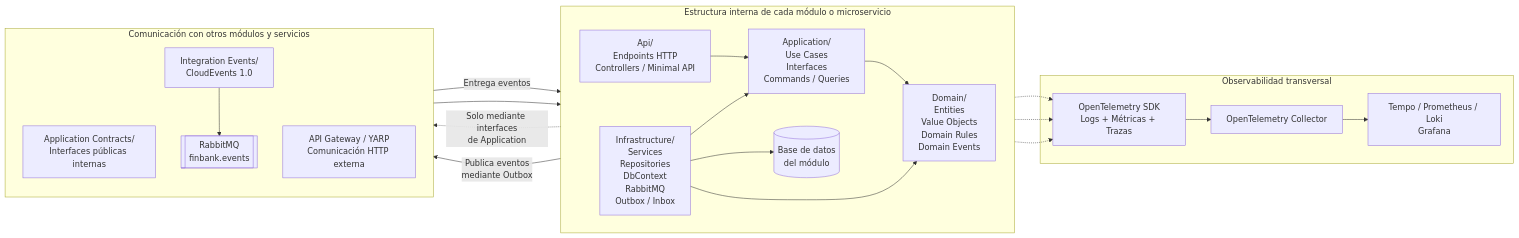
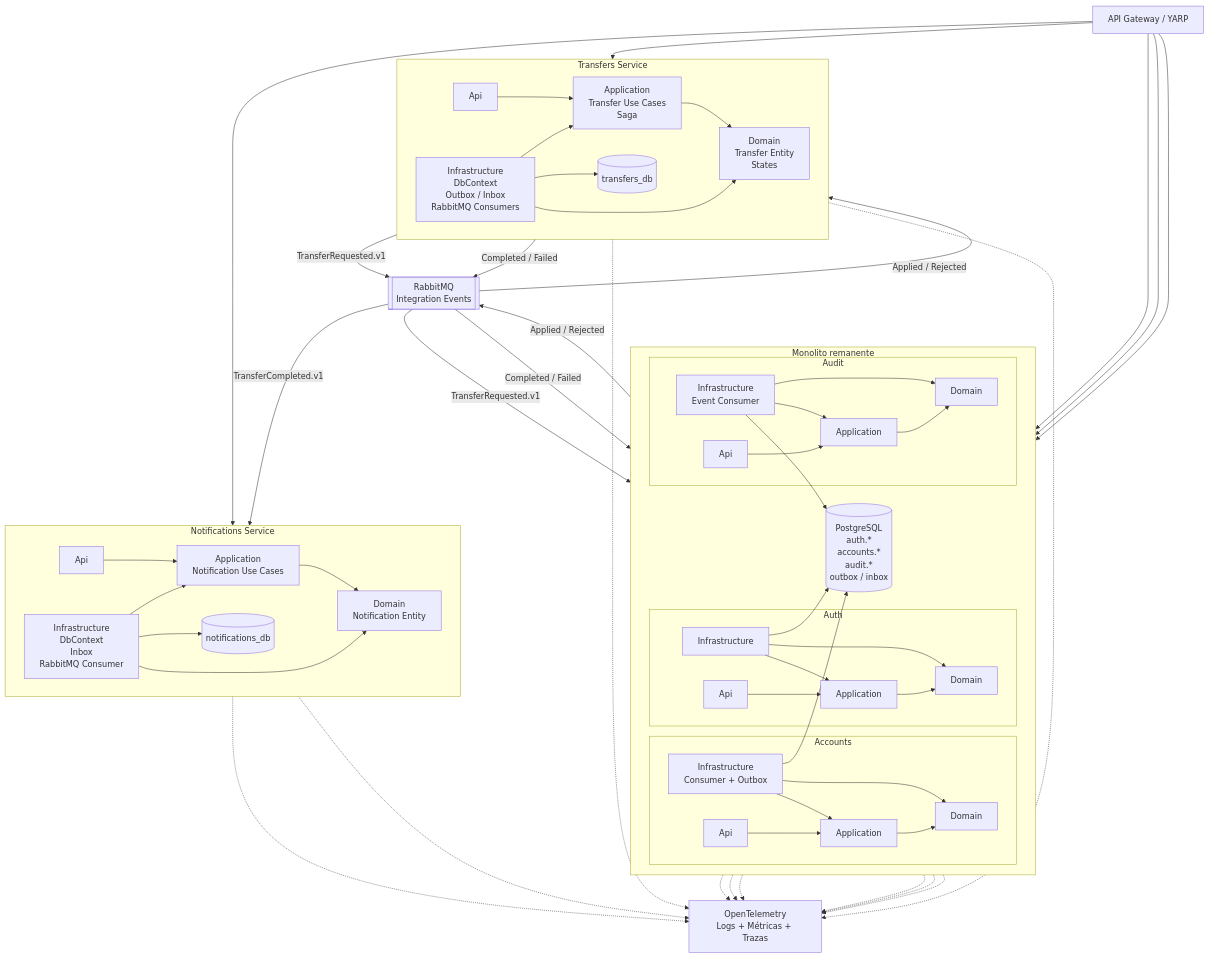
Before and after one commit to gcortez78/modular-bank-dotnet: the second of 3 diagrams in README.md, drawn with Mermaid. The commit also changed other lines of this file, not shown here.

````diff
--- a/README.md
+++ b/README.md
@@ -193,73 +193,133 @@
 ```mermaid
-graph LR
+graph TB
 
     %% =====================================================
-    %% ESTRUCTURA INTERNA GENERAL
+    %% MONOLITO REMANENTE
     %% =====================================================
 
-    subgraph MODULE["Estructura interna de cada módulo o microservicio"]
+    subgraph MONOLITH["Monolito remanente"]
         direction LR
 
-        API["Api/<br/>Endpoints HTTP<br/>Controllers / Minimal API"]
+        subgraph AUTH["Auth"]
+            AuthAPI["Api"]
+            AuthAPP["Application"]
+            AuthDOMAIN["Domain"]
+            AuthINFRA["Infrastructure"]
+        end
 
-        APP["Application/<br/>Use Cases<br/>Interfaces<br/>Commands / Queries"]
+        subgraph ACCOUNTS["Accounts"]
+            AccAPI["Api"]
+            AccAPP["Application"]
+            AccDOMAIN["Domain"]
+            AccINFRA["Infrastructure<br/>Consumer + Outbox"]
+        end
 
-        DOMAIN["Domain/<br/>Entities<br/>Value Objects<br/>Domain Rules<br/>Domain Events"]
+        subgraph AUDIT["Audit"]
+            AuditAPI["Api"]
+            AuditAPP["Application"]
+            AuditDOMAIN["Domain"]
+            AuditINFRA["Infrastructure<br/>Event Consumer"]
+        end
 
-        INFRA["Infrastructure/<br/>Services<br/>Repositories<br/>DbContext<br/>RabbitMQ<br/>Outbox / Inbox"]
+        MonolithDB[("PostgreSQL<br/>auth.*<br/>accounts.*<br/>audit.*<br/>outbox / inbox")]
 
-        DB[("Base de datos<br/>del módulo")]
+        AuthAPI --> AuthAPP
+        AuthAPP --> AuthDOMAIN
+        AuthINFRA --> AuthAPP
+        AuthINFRA --> AuthDOMAIN
+        AuthINFRA --> MonolithDB
 
-        API --> APP
-        APP --> DOMAIN
+        AccAPI --> AccAPP
+        AccAPP --> AccDOMAIN
+        AccINFRA --> AccAPP
+        AccINFRA --> AccDOMAIN
+        AccINFRA --> MonolithDB
 
-        INFRA --> APP
-        INFRA --> DOMAIN
-        INFRA --> DB
+        AuditAPI --> AuditAPP
+        AuditAPP --> AuditDOMAIN
+        AuditINFRA --> AuditAPP
+        AuditINFRA --> AuditDOMAIN
+        AuditINFRA --> MonolithDB
     end
 
     %% =====================================================
-    %% COMUNICACIÓN CON OTROS COMPONENTES
+    %% TRANSFERS
     %% =====================================================
 
-    subgraph EXTERNAL["Comunicación con otros módulos y servicios"]
-        direction TB
+    subgraph TRANSFERS["Transfers Service"]
+        direction LR
 
-        PUBLIC["Application Contracts/<br/>Interfaces públicas internas"]
+        TrAPI["Api"]
+        TrAPP["Application<br/>Transfer Use Cases<br/>Saga"]
+        TrDOMAIN["Domain<br/>Transfer Entity<br/>States"]
+        TrINFRA["Infrastructure<br/>DbContext<br/>Outbox / Inbox<br/>RabbitMQ Consumers"]
+        TrDB[("transfers_db")]
 
-        EVENTS["Integration Events/<br/>CloudEvents 1.0"]
-
-        BROKER[["RabbitMQ<br/>finbank.events"]]
-
-        HTTP["API Gateway / YARP<br/>Comunicación HTTP externa"]
+        TrAPI --> TrAPP
+        TrAPP --> TrDOMAIN
+        TrINFRA --> TrAPP
+        TrINFRA --> TrDOMAIN
+        TrINFRA --> TrDB
     end
 
-    %% Dentro del monolito
-    APP -.->|"Solo mediante interfaces<br/>de Application"| PUBLIC
+    %% =====================================================
+    %% NOTIFICATIONS
+    %% =====================================================
 
-    %% Entre microservicios
-    INFRA -->|"Publica eventos<br/>mediante Outbox"| EVENTS
-    EVENTS --> BROKER
+    subgraph NOTIFICATIONS["Notifications Service"]
+        direction LR
 
-    BROKER -->|"Entrega eventos"| INFRA
+        NotAPI["Api"]
+        NotAPP["Application<br/>Notification Use Cases"]
+        NotDOMAIN["Domain<br/>Notification Entity"]
+        NotINFRA["Infrastructure<br/>DbContext<br/>Inbox<br/>RabbitMQ Consumer"]
+        NotDB[("notifications_db")]
 
-    %% Entrada HTTP
-    HTTP --> API
+        NotAPI --> NotAPP
+        NotAPP --> NotDOMAIN
+        NotINFRA --> NotAPP
+        NotINFRA --> NotDOMAIN
+        NotINFRA --> NotDB
+    end
 
     %% =====================================================
-    %% OBSERVABILIDAD TRANSVERSAL
+    %% INTEGRACIÓN
     %% =====================================================
 
-    subgraph OBS["Observabilidad transversal"]
-        OTEL["OpenTelemetry SDK<br/>Logs + Métricas + Trazas"]
-        COLLECTOR["OpenTelemetry Collector"]
-        BACKENDS["Tempo / Prometheus / Loki<br/>Grafana"]
-    end
+    Gateway["API Gateway / YARP"]
+    Rabbit[["RabbitMQ<br/>Integration Events"]]
 
-    API -.-> OTEL
-    APP -.-> OTEL
-    INFRA -.-> OTEL
+    Gateway --> AuthAPI
+    Gateway --> AccAPI
+    Gateway --> AuditAPI
+    Gateway --> TrAPI
+    Gateway --> NotAPI
 
-    OTEL --> COLLECTOR
-    COLLECTOR --> BACKENDS
+    TrINFRA -->|"TransferRequested.v1"| Rabbit
+    Rabbit -->|"TransferRequested.v1"| AccINFRA
+
+    AccINFRA -->|"Applied / Rejected"| Rabbit
+    Rabbit -->|"Applied / Rejected"| TrINFRA
+
+    TrINFRA -->|"Completed / Failed"| Rabbit
+    Rabbit -->|"TransferCompleted.v1"| NotINFRA
+    Rabbit -->|"Completed / Failed"| AuditINFRA
+
+    %% =====================================================
+    %% OBSERVABILIDAD
+    %% =====================================================
+
+    OTel["OpenTelemetry<br/>Logs + Métricas + Trazas"]
+
+    AuthAPI -.-> OTel
+    AccAPI -.-> OTel
+    AuditAPI -.-> OTel
+    TrAPI -.-> OTel
+    NotAPI -.-> OTel
+
+    AuthINFRA -.-> OTel
+    AccINFRA -.-> OTel
+    AuditINFRA -.-> OTel
+    TrINFRA -.-> OTel
+    NotINFRA -.-> OTel
 ```
````
